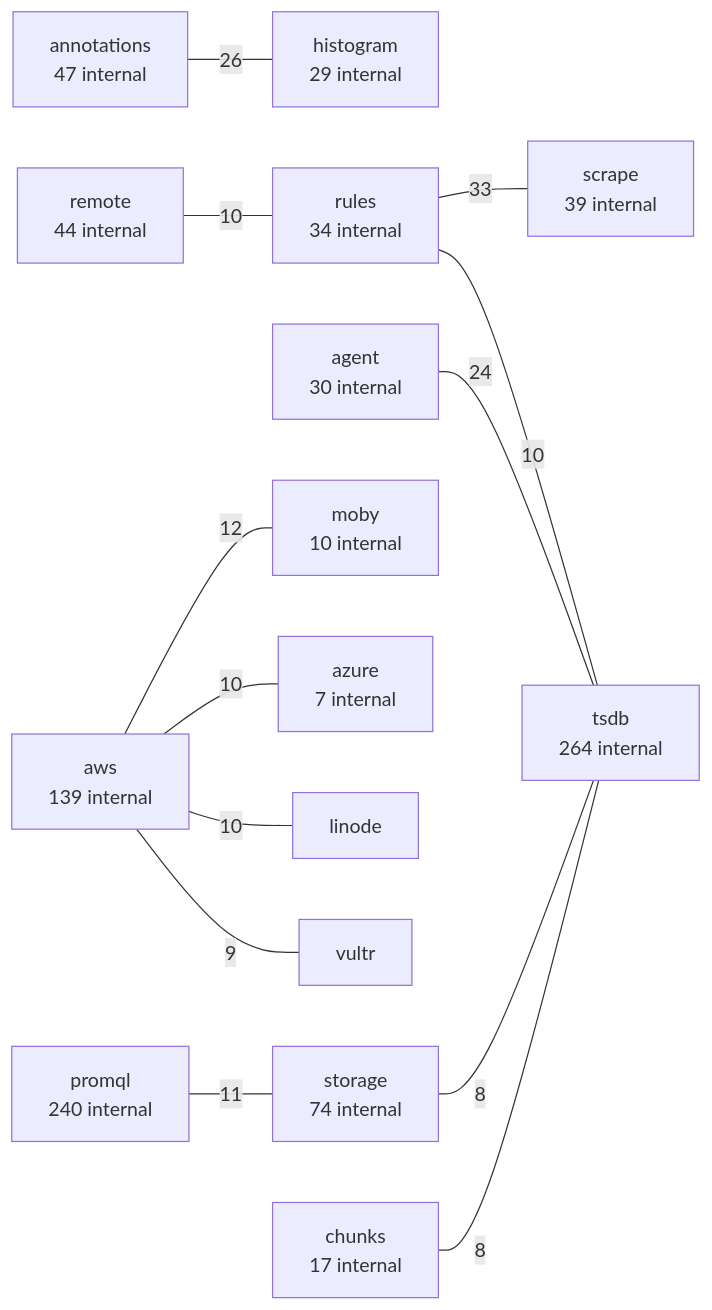
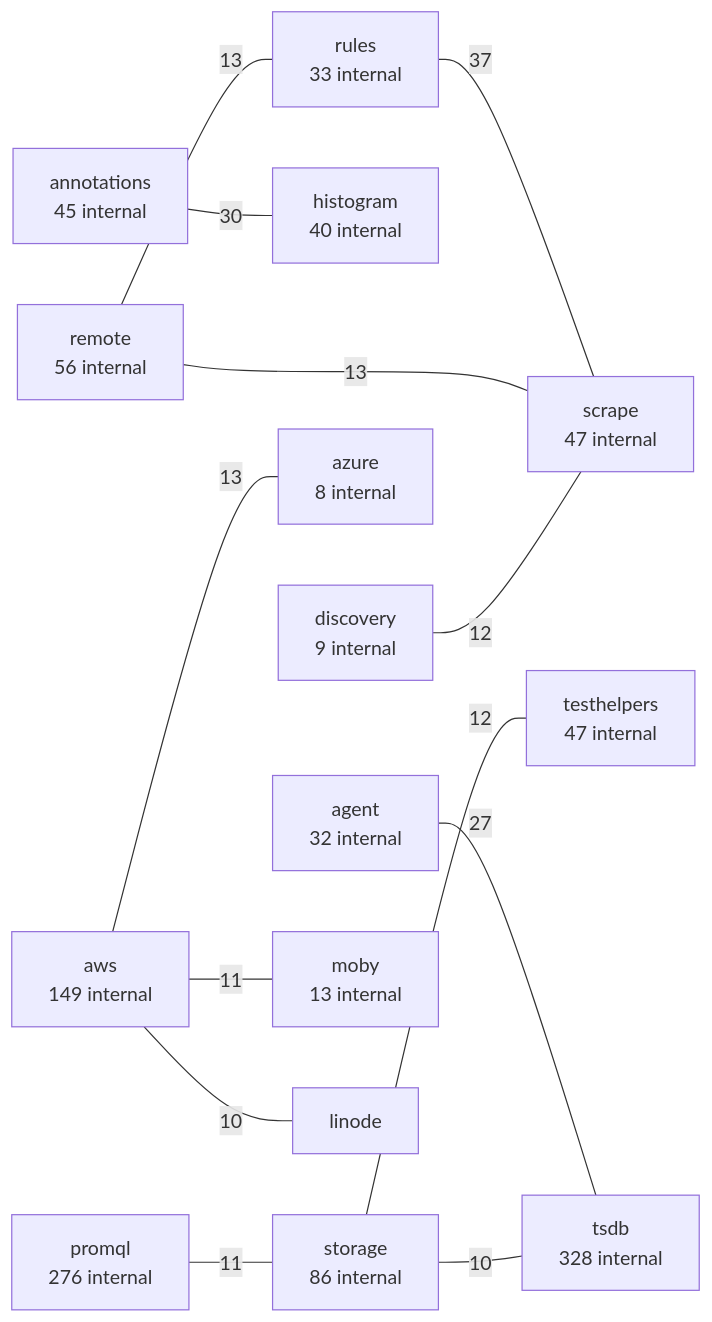
The second of 5 diagrams in examples/prometheus.md (LukasSelin/doppel), drawn with Mermaid before and after one commit. The commit also changed other lines of this file and 19 other files, not shown here.

````diff
--- a/examples/prometheus.md
+++ b/examples/prometheus.md
@@ -124,30 +127,30 @@
 ```mermaid
 flowchart LR
-    p0["rules<br/>34 internal"]
-    p1["scrape<br/>39 internal"]
-    p0 ---|"33"| p1
-    p2["annotations<br/>47 internal"]
-    p3["histogram<br/>29 internal"]
-    p2 ---|"26"| p3
-    p4["agent<br/>30 internal"]
-    p5["tsdb<br/>264 internal"]
-    p4 ---|"24"| p5
-    p6["aws<br/>139 internal"]
-    p7["moby<br/>10 internal"]
-    p6 ---|"12"| p7
-    p8["promql<br/>240 internal"]
-    p9["storage<br/>74 internal"]
-    p8 ---|"11"| p9
-    p10["azure<br/>7 internal"]
-    p6 ---|"10"| p10
-    p11["linode"]
-    p6 ---|"10"| p11
-    p12["remote<br/>44 internal"]
-    p12 ---|"10"| p0
-    p0 ---|"10"| p5
-    p13["vultr"]
-    p6 ---|"9"| p13
-    p14["chunks<br/>17 internal"]
-    p14 ---|"8"| p5
-    p9 ---|"8"| p5
+    p0["rules<br/>33 internal"]
+    p1["scrape<br/>47 internal"]
+    p0 ---|"37"| p1
+    p2["annotations<br/>45 internal"]
+    p3["histogram<br/>40 internal"]
+    p2 ---|"30"| p3
+    p4["agent<br/>32 internal"]
+    p5["tsdb<br/>328 internal"]
+    p4 ---|"27"| p5
+    p6["aws<br/>149 internal"]
+    p7["azure<br/>8 internal"]
+    p6 ---|"13"| p7
+    p8["remote<br/>56 internal"]
+    p8 ---|"13"| p0
+    p8 ---|"13"| p1
+    p9["discovery<br/>9 internal"]
+    p9 ---|"12"| p1
+    p10["storage<br/>86 internal"]
+    p11["testhelpers<br/>47 internal"]
+    p10 ---|"12"| p11
+    p12["moby<br/>13 internal"]
+    p6 ---|"11"| p12
+    p13["promql<br/>276 internal"]
+    p13 ---|"11"| p10
+    p14["linode"]
+    p6 ---|"10"| p14
+    p10 ---|"10"| p5
 ```
````
